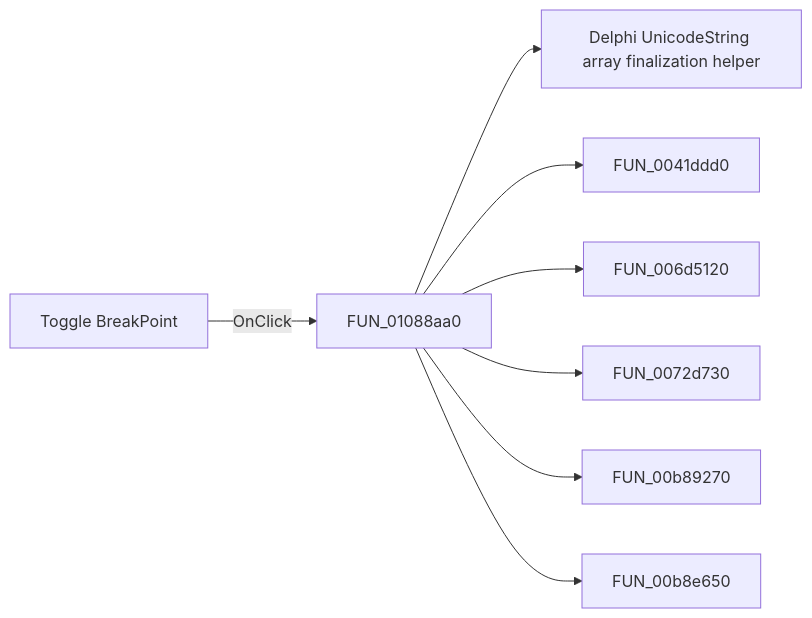
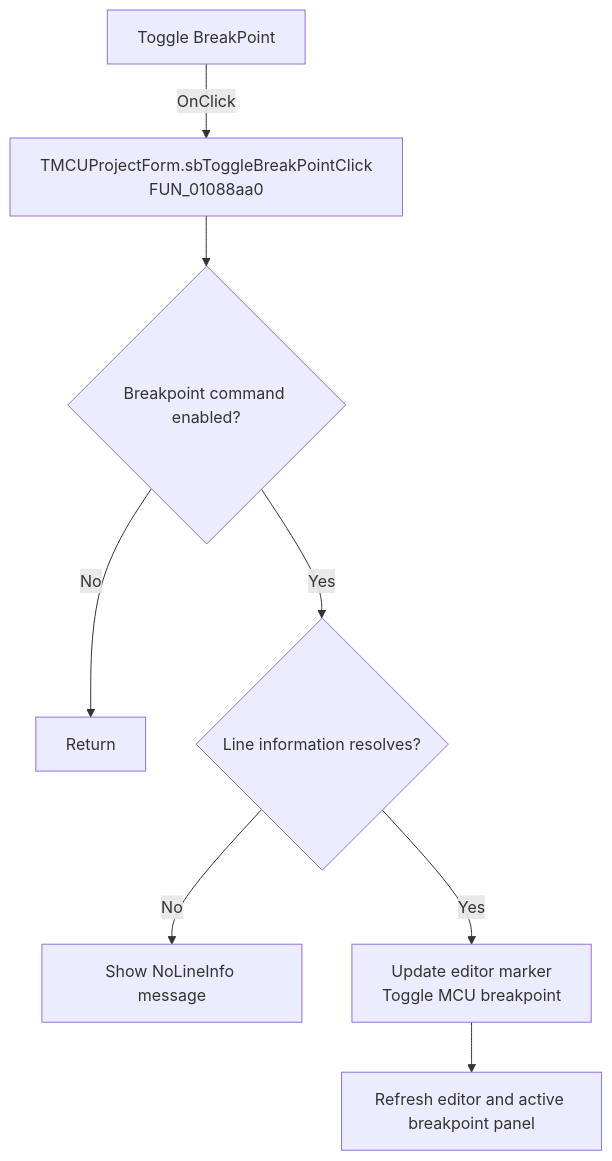
The diagram in docs/ui-controls/mcuprojectform/sbtogglebreakpoint-aa685cc9ad.md (MovGP0/TIARA), drawn with Mermaid before and after one commit. The commit also changed other lines of this file and 1062 other files, not shown here.

````diff
--- a/docs/ui-controls/mcuprojectform/sbtogglebreakpoint-aa685cc9ad.md
+++ b/docs/ui-controls/mcuprojectform/sbtogglebreakpoint-aa685cc9ad.md
@@ -27,10 +27,10 @@
 ```mermaid
-flowchart LR
-    control["Toggle BreakPoint"] -->|OnClick| handler["FUN_01088aa0"]
-    handler --> call1["Delphi UnicodeString array finalization helper"]
-    handler --> call2["FUN_0041ddd0"]
-    handler --> call3["FUN_006d5120"]
-    handler --> call4["FUN_0072d730"]
-    handler --> call5["FUN_00b89270"]
-    handler --> call6["FUN_00b8e650"]
+flowchart TD
+    control["Toggle BreakPoint"] -->|OnClick| handler["TMCUProjectForm.sbToggleBreakPointClick<br/>FUN_01088aa0"]
+    handler --> guard{"Breakpoint command enabled?"}
+    guard -->|No| noOp["Return"]
+    guard -->|Yes| line{"Line information resolves?"}
+    line -->|No| error["Show NoLineInfo message"]
+    line -->|Yes| toggle["Update editor marker<br/>Toggle MCU breakpoint"]
+    toggle --> refresh["Refresh editor and active breakpoint panel"]
 ```
````
